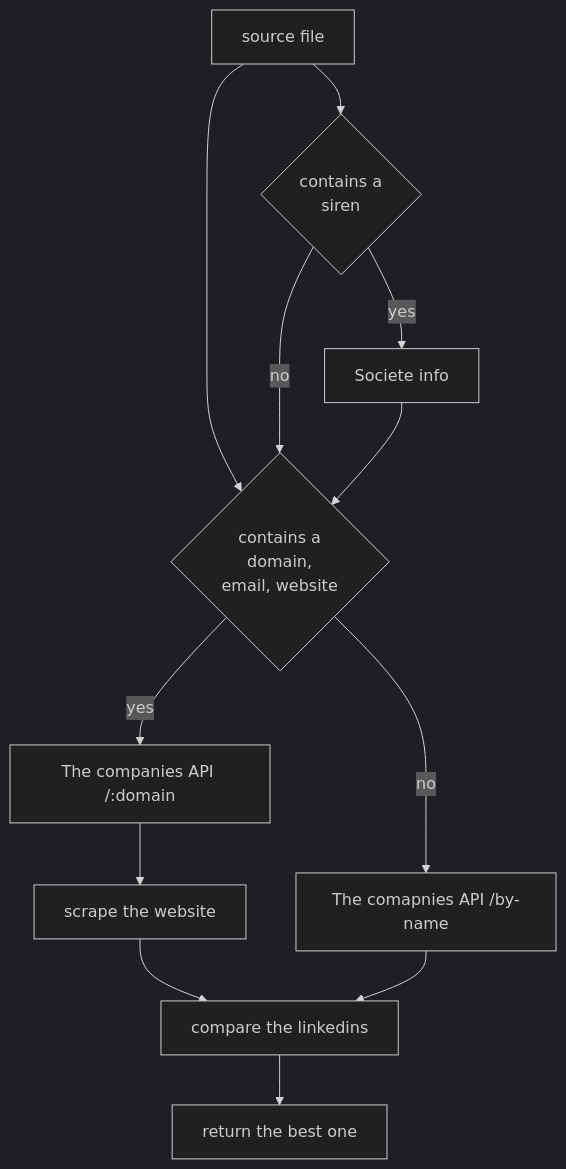
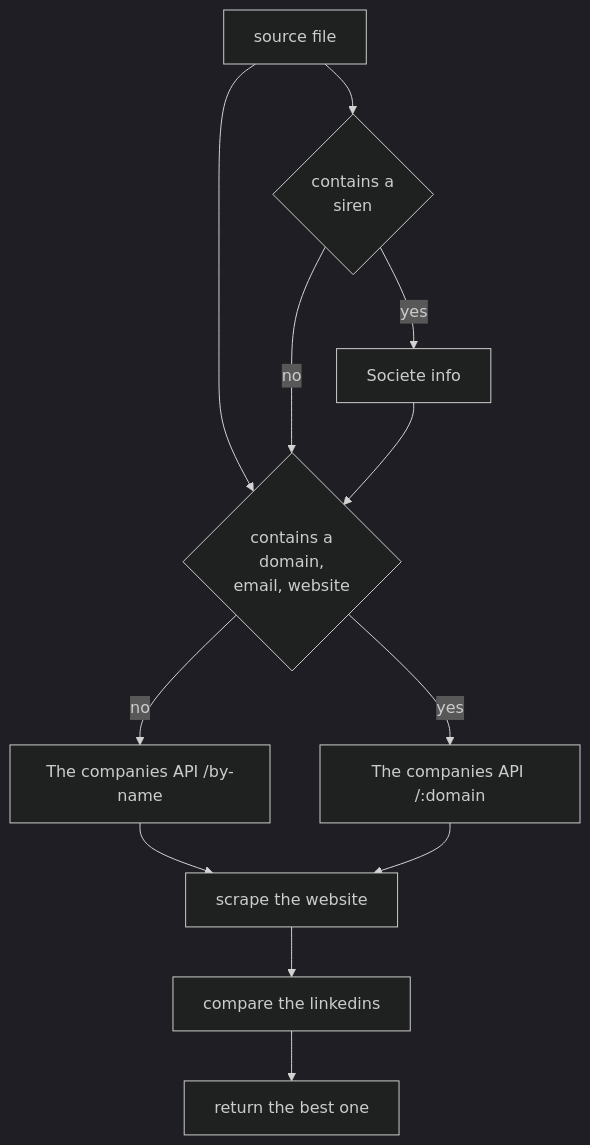
One commit to MiTiX1/poc-company-imports changed the diagram in README.md. Above: the diagram before and after it, drawn with Mermaid (dark theme).

Commit message:
refactor: /by-name -> scraping

````diff
--- a/README.md
+++ b/README.md
@@ -201,14 +201,14 @@
 ```mermaid
 flowchart TD
 A[source file] --> B{contains a <br> domain, <br>email, website}
 A --> F{contains a <br>siren}
 F -->|no| B
 F -->|yes| G[Societe info]
 G --> B
 B -->|yes| C[The companies API /:domain]
-B -->|no| D[The comapnies API /by-name]
+B -->|no| D[The companies API /by-name]
+D --> E
 C --> E[scrape the website]
 E --> H[compare the linkedins]
-D --> H
 H --> I[return the best one]
 ```
````
